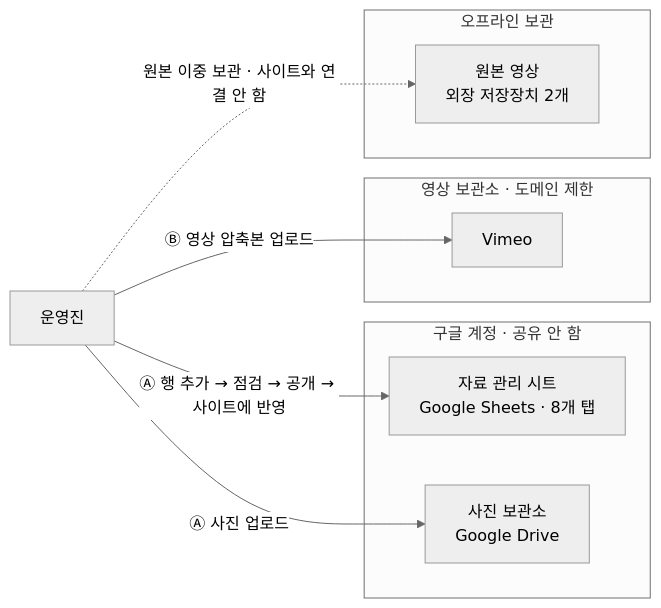
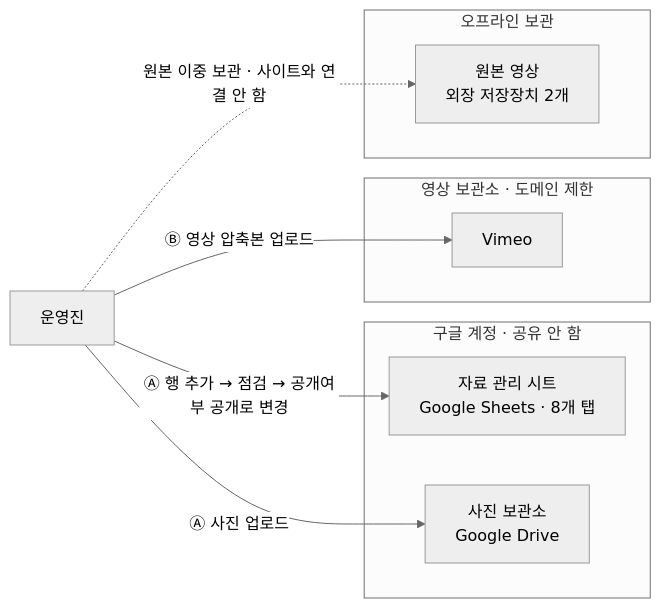
The second of 2 diagrams in docs/architecture.md (kartsgifted/archive), drawn with Mermaid (neutral theme) before and after one commit. The commit also changed other lines of this file and 18 other files, not shown here.

````diff
--- a/docs/architecture.md
+++ b/docs/architecture.md
@@ -86,22 +86,22 @@
 ```mermaid
 flowchart LR
     staff["운영진"]
 
     subgraph GOOGLE["구글 계정 · 공유 안 함"]
         sheet["자료 관리 시트<br/>Google Sheets · 8개 탭"]
         drive["사진 보관소<br/>Google Drive"]
     end
 
     subgraph VIMEO["영상 보관소 · 도메인 제한"]
         vimeo["Vimeo"]
     end
 
     subgraph OFFLINE["오프라인 보관"]
         disk["원본 영상<br/>외장 저장장치 2개"]
     end
 
-    staff -->|"Ⓐ 행 추가 → 점검 → 공개 → 사이트에 반영"| sheet
+    staff -->|"Ⓐ 행 추가 → 점검 → 공개여부 공개로 변경"| sheet
     staff -->|"Ⓐ 사진 업로드"| drive
     staff -->|"Ⓑ 영상 압축본 업로드"| vimeo
     staff -.->|"원본 이중 보관 · 사이트와 연결 안 함"| disk
 ```
````
